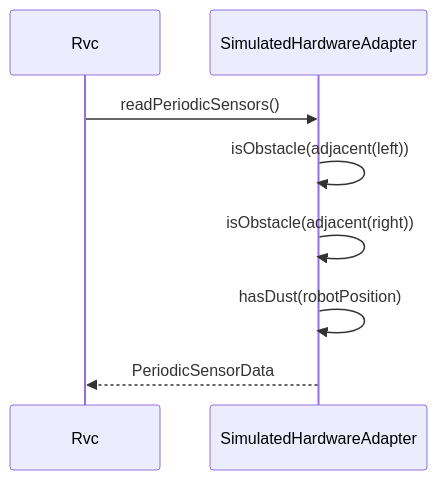
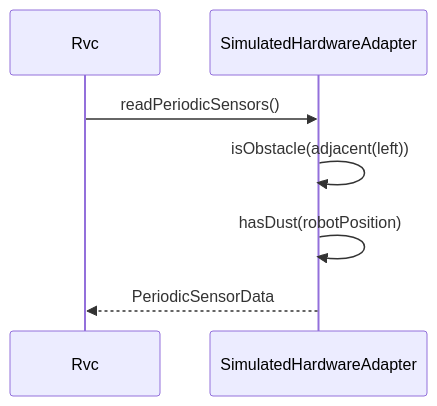
The third of 6 diagrams in docs/ood_sequence_diagrams.md (reload02/ooad-vibe), drawn with Mermaid before and after one commit. The commit also changed other lines of this file and 21 other files, not shown here.

````diff
--- a/docs/ood_sequence_diagrams.md
+++ b/docs/ood_sequence_diagrams.md
@@ -62,11 +63,10 @@
 ```mermaid
 sequenceDiagram
     participant Rvc
     participant Adapter as SimulatedHardwareAdapter
 
     Rvc->>Adapter: readPeriodicSensors()
     Adapter->>Adapter: isObstacle(adjacent(left))
-    Adapter->>Adapter: isObstacle(adjacent(right))
     Adapter->>Adapter: hasDust(robotPosition)
     Adapter-->>Rvc: PeriodicSensorData
 ```
````
